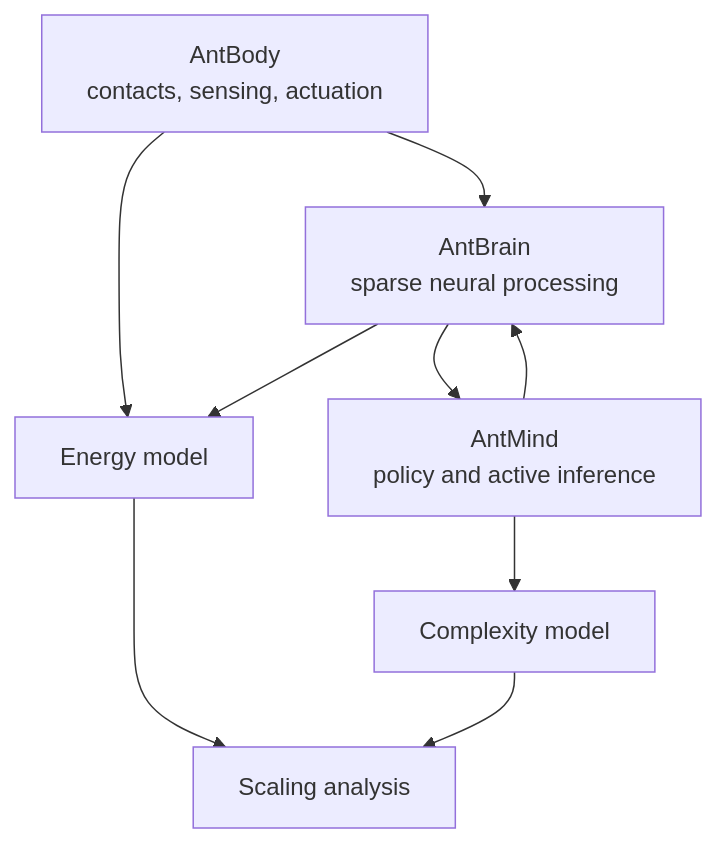
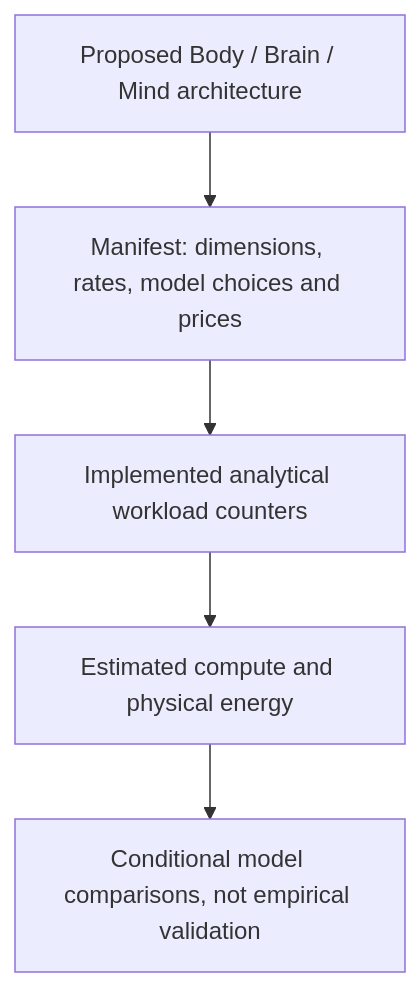
One commit to docxology/ant_stack changed the diagram in docs/theory.md. Above: the diagram before and after it, drawn with Mermaid. The commit also changed other lines of this file and 254 other files, not shown here.

````diff
--- a/docs/theory.md
+++ b/docs/theory.md
@@ -5,11 +5,7 @@
 ```mermaid
 flowchart TD
-    Body["AntBody\ncontacts, sensing, actuation"] --> Brain["AntBrain\nsparse neural processing"]
-    Brain --> Mind["AntMind\npolicy and active inference"]
-    Mind --> Brain
-    Body --> Energy["Energy model"]
-    Brain --> Energy
-    Mind --> Complexity["Complexity model"]
-    Energy --> Scaling["Scaling analysis"]
-    Complexity --> Scaling
+    Proposal["Proposed Body / Brain / Mind architecture"] --> Assumptions["Manifest: dimensions, rates, model choices and prices"]
+    Assumptions --> Counters["Implemented analytical workload counters"]
+    Counters --> Energy["Estimated compute and physical energy"]
+    Energy --> Interpretation["Conditional model comparisons, not empirical validation"]
 ```
````
